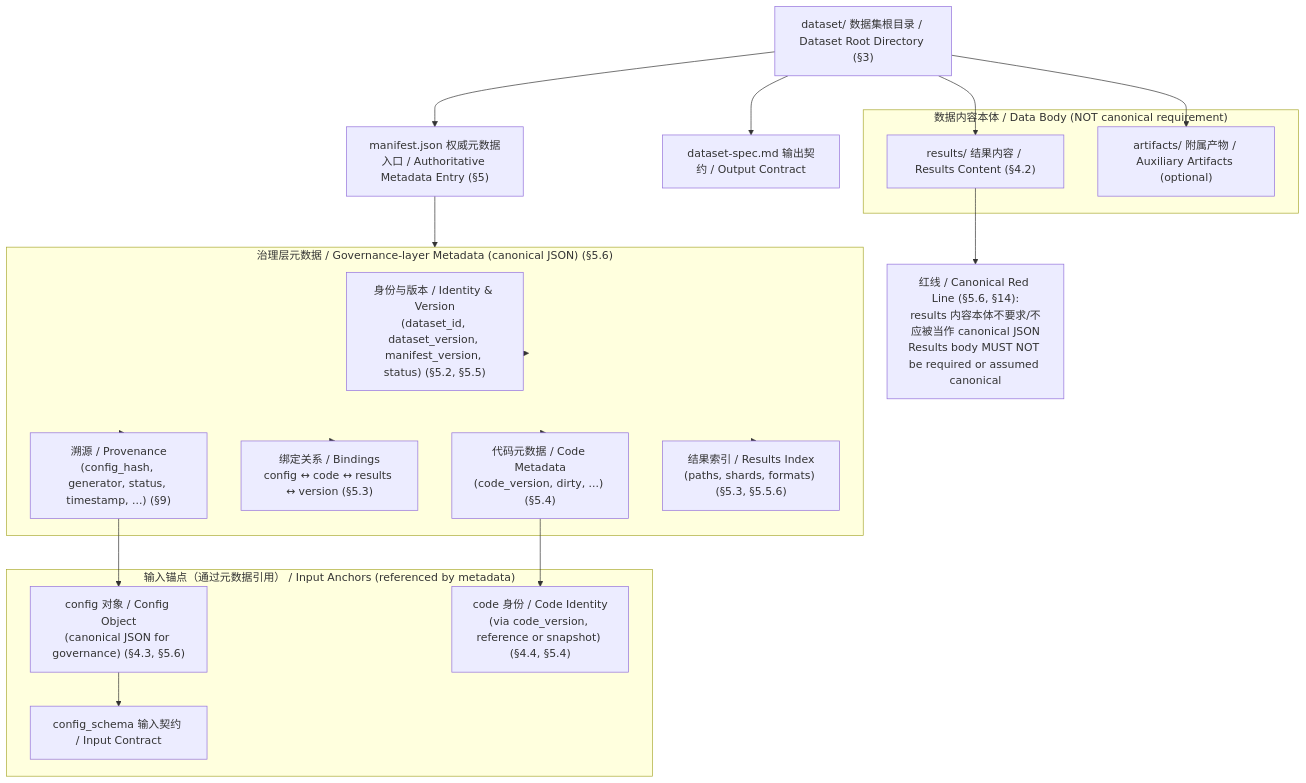
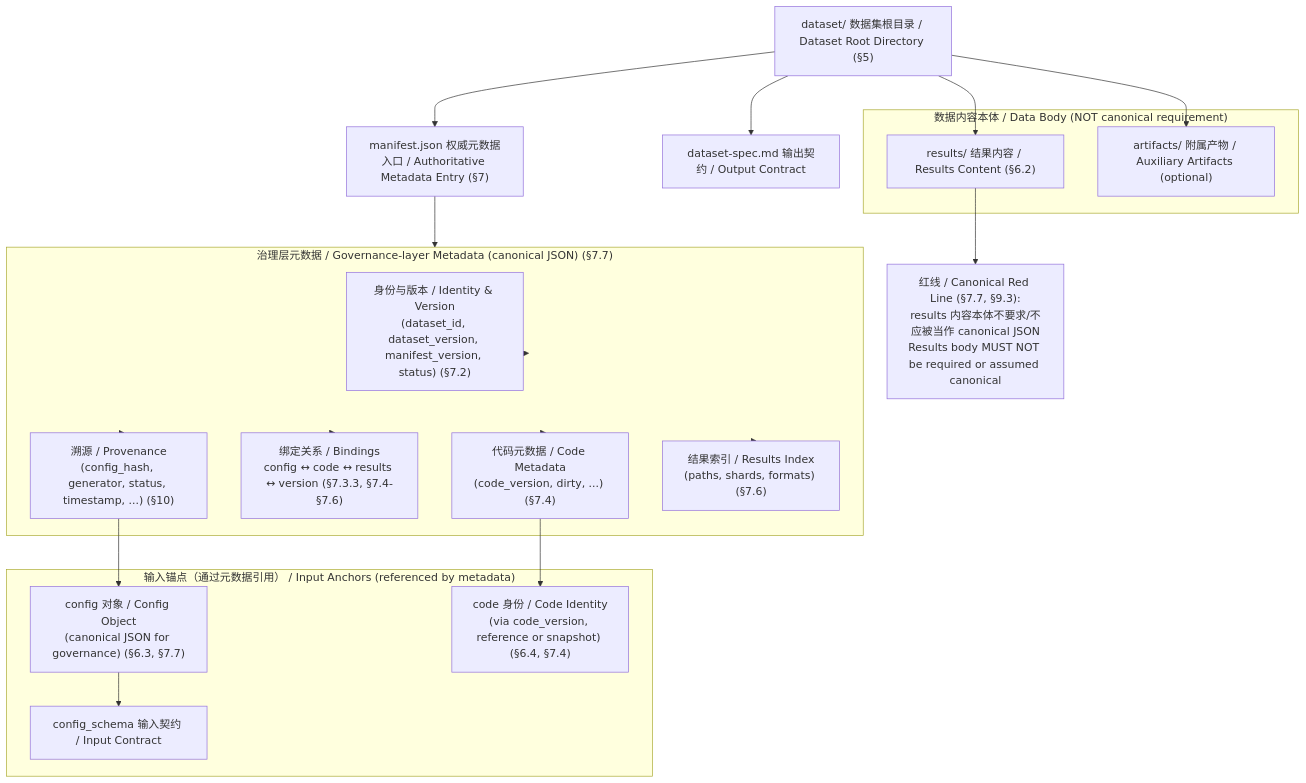
Before and after one commit to CYPeriTech/PeriSci: the first of 2 diagrams in docs/specs/dataset-spec.md, drawn with Mermaid. The commit also changed other lines of this file, not shown here.

````diff
--- a/docs/specs/dataset-spec.md
+++ b/docs/specs/dataset-spec.md
@@ -858,51 +2094,51 @@
 ```mermaid
 flowchart TB
   %% ========= Top-level =========
-  DS["dataset/ 数据集根目录 / Dataset Root Directory (§3)"]
+  DS["dataset/ 数据集根目录 / Dataset Root Directory (§5)"]
   SPEC["dataset-spec.md 输出契约 / Output Contract"]
   DS --> SPEC
 
   %% ========= Authoritative entry =========
-  MAN["manifest.json 权威元数据入口 / Authoritative Metadata Entry (§5)"]
+  MAN["manifest.json 权威元数据入口 / Authoritative Metadata Entry (§7)"]
   DS --> MAN
 
   %% ========= Governance-layer metadata inside manifest =========
-  subgraph GOV["治理层元数据 / Governance-layer Metadata (canonical JSON) (§5.6)"]
-    ID["身份与版本 / Identity & Version\n(dataset_id, dataset_version, manifest_version, status) (§5.2, §5.5)"]
-    PROV["溯源 / Provenance\n(config_hash, generator, status, timestamp, ...) (§9)"]
-    BIND["绑定关系 / Bindings\nconfig ↔ code ↔ results ↔ version (§5.3)"]
-    CODEMETA["代码元数据 / Code Metadata\n(code_version, dirty, ...) (§5.4)"]
-    RESIDX["结果索引 / Results Index\n(paths, shards, formats) (§5.3, §5.5.6)"]
+  subgraph GOV["治理层元数据 / Governance-layer Metadata (canonical JSON) (§7.7)"]
+    ID["身份与版本 / Identity & Version\n(dataset_id, dataset_version, manifest_version, status) (§7.2)"]
+    PROV["溯源 / Provenance\n(config_hash, generator, status, timestamp, ...) (§10)"]
+    BIND["绑定关系 / Bindings\nconfig ↔ code ↔ results ↔ version (§7.3.3, §7.4-§7.6)"]
+    CODEMETA["代码元数据 / Code Metadata\n(code_version, dirty, ...) (§7.4)"]
+    RESIDX["结果索引 / Results Index\n(paths, shards, formats) (§7.6)"]
   end
 
   MAN --> GOV
   GOV --> ID
   GOV --> PROV
   GOV --> BIND
   GOV --> CODEMETA
   GOV --> RESIDX
 
   %% ========= Non-canonical data body =========
   subgraph BODY["数据内容本体 / Data Body (NOT canonical requirement)"]
-    RES["results/ 结果内容 / Results Content (§4.2)"]
+    RES["results/ 结果内容 / Results Content (§6.2)"]
     ART["artifacts/ 附属产物 / Auxiliary Artifacts (optional)"]
   end
 
   DS --> RES
   DS --> ART
 
   %% ========= Inputs referenced by manifest =========
   subgraph INPUTS["输入锚点（通过元数据引用） / Input Anchors (referenced by metadata)"]
-    CFG["config 对象 / Config Object\n(canonical JSON for governance) (§4.3, §5.6)"]
+    CFG["config 对象 / Config Object\n(canonical JSON for governance) (§6.3, §7.7)"]
     SCHEMA["config_schema 输入契约 / Input Contract"]
-    CODE["code 身份 / Code Identity\n(via code_version, reference or snapshot) (§4.4, §5.4)"]
+    CODE["code 身份 / Code Identity\n(via code_version, reference or snapshot) (§6.4, §7.4)"]
   end
 
   PROV --> CFG
   CFG --> SCHEMA
   CODEMETA --> CODE
 
   %% ========= Notes on canonical boundary =========
-  NOTE1["红线 / Canonical Red Line (§5.6, §14):\nresults 内容本体不要求/不应被当作 canonical JSON\nResults body MUST NOT be required or assumed canonical"]
+  NOTE1["红线 / Canonical Red Line (§7.7, §9.3):\nresults 内容本体不要求/不应被当作 canonical JSON\nResults body MUST NOT be required or assumed canonical"]
   RES --> NOTE1
 ```
````
